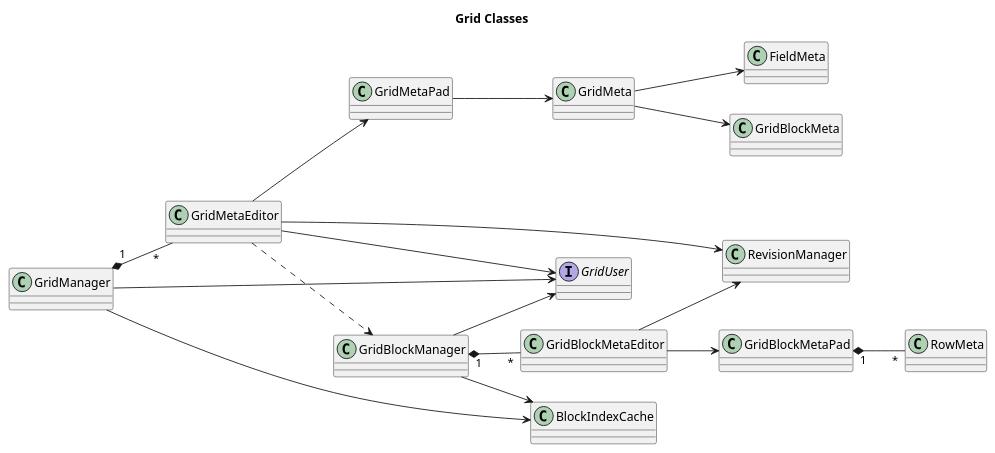
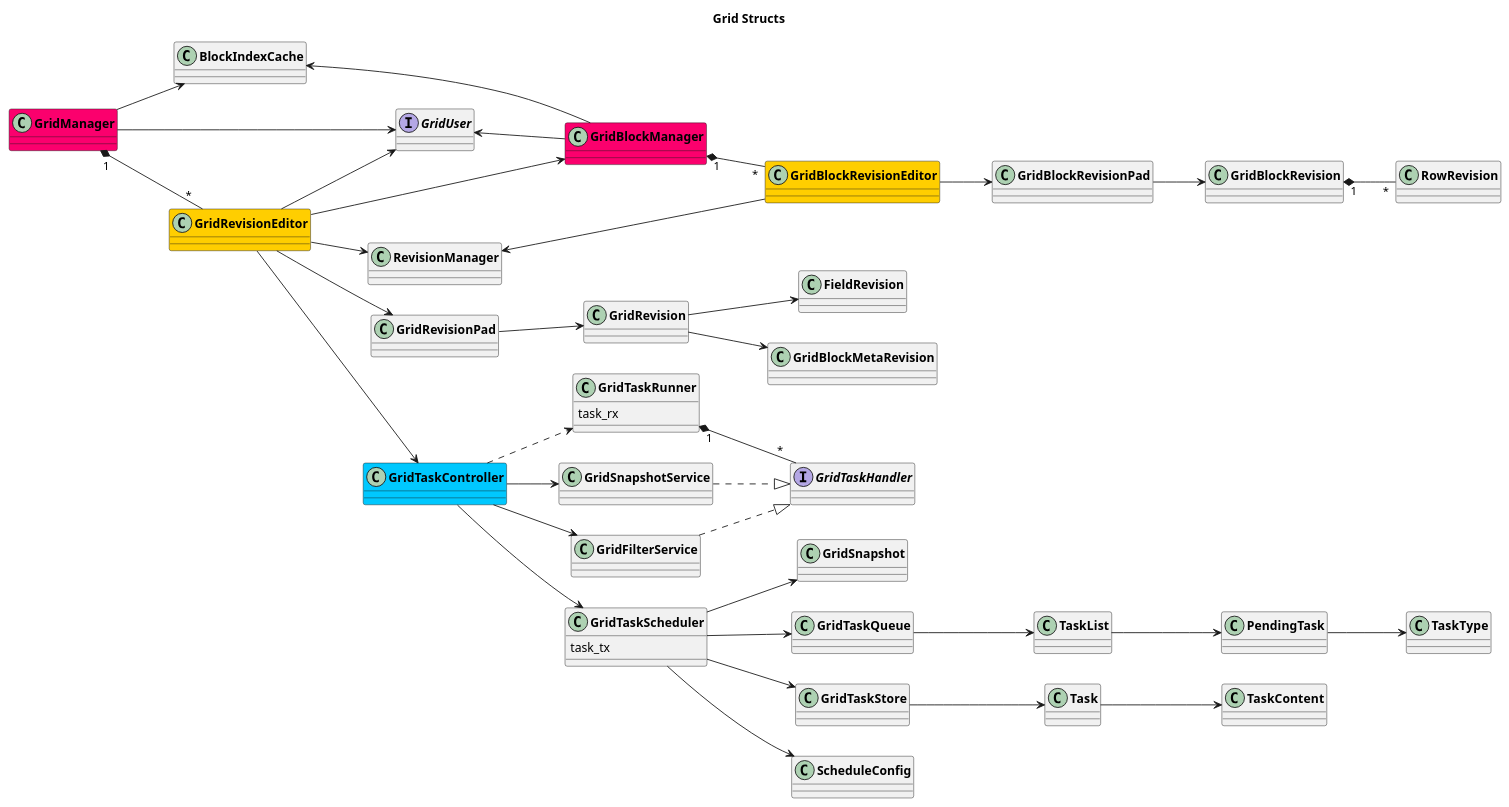
Before and after one commit to AppFlowy-IO/AppFlowy-Docs: the diagram in uml/dart_flowy_sdk/grid_classes.plantuml, drawn with PlantUML. The commit also changed 1 other file, not shown here.

Commit message:
chore: update grid structs uml

```diff
--- a/uml/dart_flowy_sdk/grid_classes.plantuml
+++ b/uml/dart_flowy_sdk/grid_classes.plantuml
@@ -1,25 +1,68 @@
 @startuml AppFlowy
-title Grid Classes
+title Grid Structs
+skinparam classFontStyle Bold
+skinparam ActivityBackgroundColor Silver
+skinparam ActivityBorderColor DimGray
+
 left to right direction
-
-GridManager "1" *-- "*" GridMetaEditor
+class GridManager #FB006D
+GridManager "1" *-- "*" GridRevisionEditor
 GridManager --> GridUser
 GridManager --> BlockIndexCache
 
 interface GridUser
-GridMetaEditor --> GridUser
-GridMetaEditor --> GridMetaPad
-GridMetaEditor --> RevisionManager
-GridMetaEditor ..> GridBlockManager
-GridMetaPad --> GridMeta
-GridMeta --> FieldMeta
-GridMeta --> GridBlockMeta
 
-GridBlockManager --> GridUser
-GridBlockManager --> BlockIndexCache
-GridBlockManager "1" *-- "*" GridBlockMetaEditor
+'GridRevisionEditor
+class GridRevisionEditor #FFCE00
+GridRevisionEditor --> GridUser
+GridRevisionEditor --> GridRevisionPad
+GridRevisionEditor --> RevisionManager
+GridRevisionEditor --> GridBlockManager
+GridRevisionEditor --> GridTaskController
+GridRevisionPad --> GridRevision
+GridRevision --> FieldRevision
+GridRevision --> GridBlockMetaRevision
 
-GridBlockMetaEditor --> GridBlockMetaPad
-GridBlockMetaEditor --> RevisionManager
-GridBlockMetaPad "1" *-- "*" RowMeta
+'GridBlockManager
+class GridBlockManager #FB006D
+GridBlockManager -u-> GridUser
+GridBlockManager -u-> BlockIndexCache
+GridBlockManager "1" *-- "*" GridBlockRevisionEditor
+
+
+'GridBlockRevisionEditor
+class GridBlockRevisionEditor #FFCE00
+GridBlockRevisionEditor --> GridBlockRevisionPad
+GridBlockRevisionEditor -u-> RevisionManager
+GridBlockRevisionPad --> GridBlockRevision
+GridBlockRevision "1" *-- "*" RowRevision
+
+'GridTaskController
+interface GridTaskHandler
+class GridTaskController #00C8FF
+class GridTaskRunner {
+    task_rx
+}
+class GridTaskScheduler {
+    task_tx
+}
+GridTaskController --> GridSnapshotService
+GridTaskController --> GridFilterService
+GridTaskController --> GridTaskScheduler
+GridTaskController ..> GridTaskRunner
+
+GridTaskScheduler --> GridSnapshot
+GridTaskScheduler --> GridTaskQueue
+GridTaskScheduler --> GridTaskStore
+GridTaskScheduler --> ScheduleConfig
+GridTaskRunner "1" *--"*" GridTaskHandler
+GridSnapshotService ..|> GridTaskHandler
+GridFilterService ..|> GridTaskHandler
+
+GridTaskQueue --> TaskList
+TaskList --> PendingTask
+PendingTask --> TaskType
+
+GridTaskStore --> Task
+Task --> TaskContent
 @enduml
```
